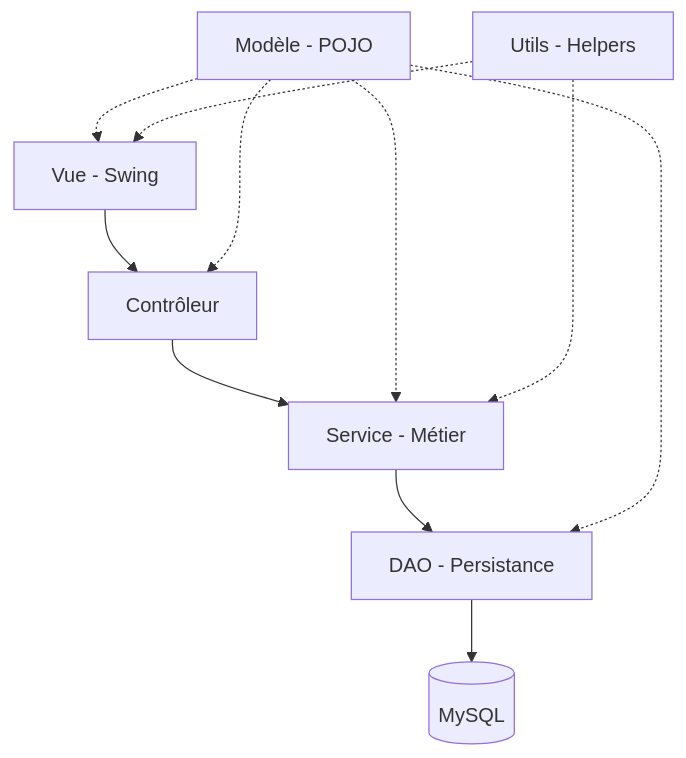
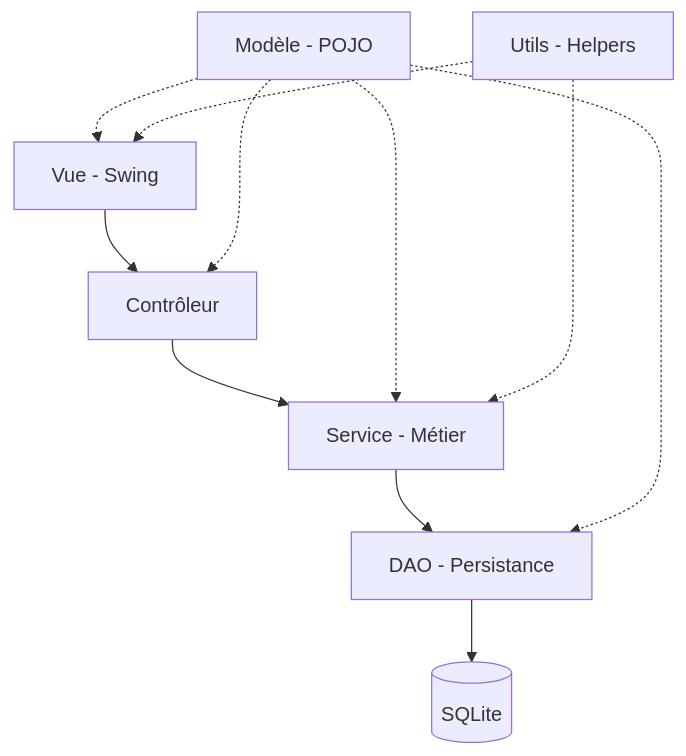
The diagram in Documentation_Technique.md (JOJO165556/Java_project4), drawn with Mermaid before and after one commit. The commit also changed other lines of this file and 26 other files, not shown here.

````diff
--- a/Documentation_Technique.md
+++ b/Documentation_Technique.md
@@ -7,15 +5,15 @@
 ```mermaid
 graph TD
     View[Vue - Swing] --> Controller[Contrôleur]
     Controller --> Service[Service - Métier]
     Service --> DAO[DAO - Persistance]
-    DAO --> DB[(MySQL)]
-    
+    DAO --> DB[(SQLite)]
+
     Model[Modèle - POJO] -.-> View
     Model -.-> Controller
     Model -.-> Service
     Model -.-> DAO
-    
+
     Utils[Utils - Helpers] -.-> View
     Utils -.-> Service
 ```
````
